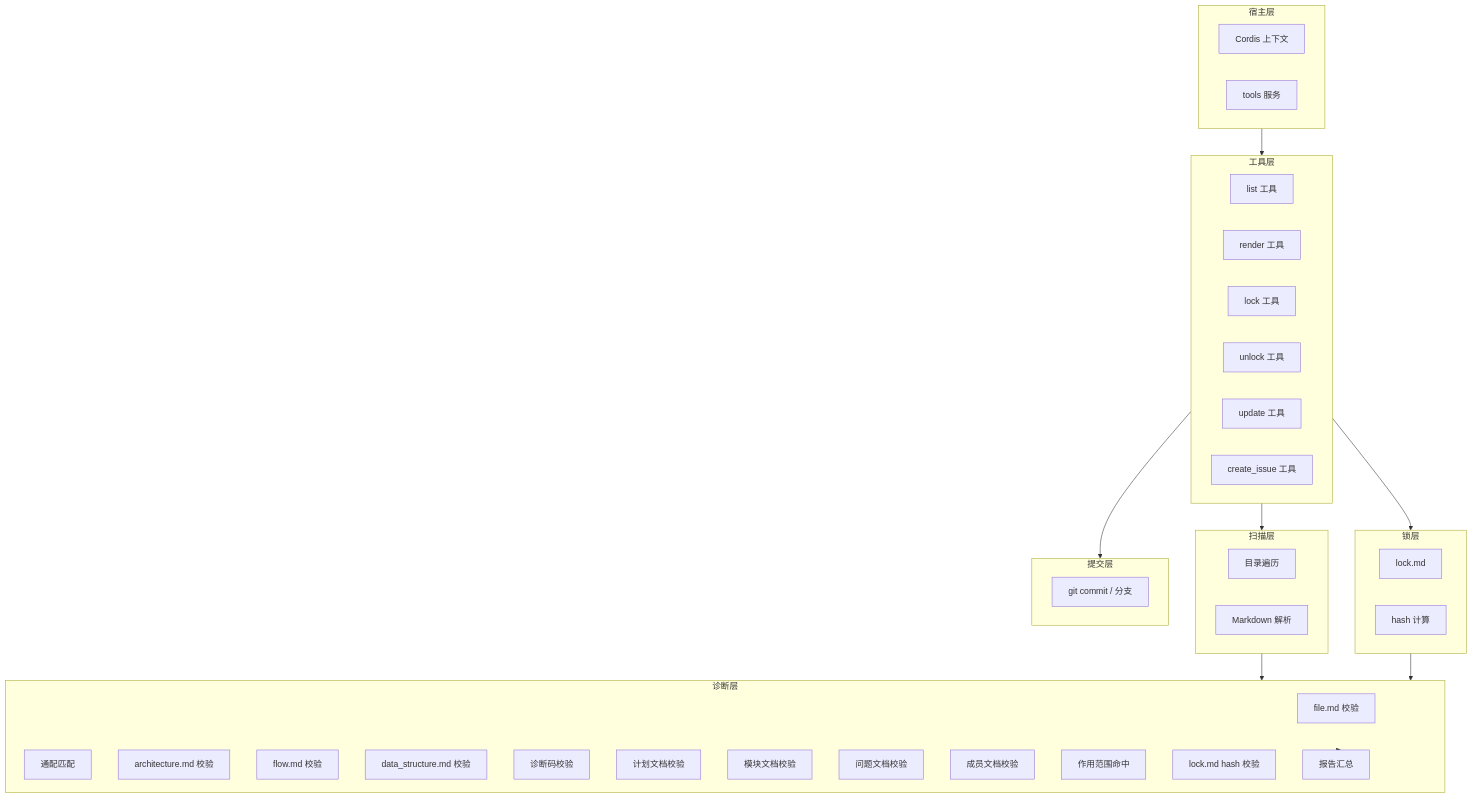
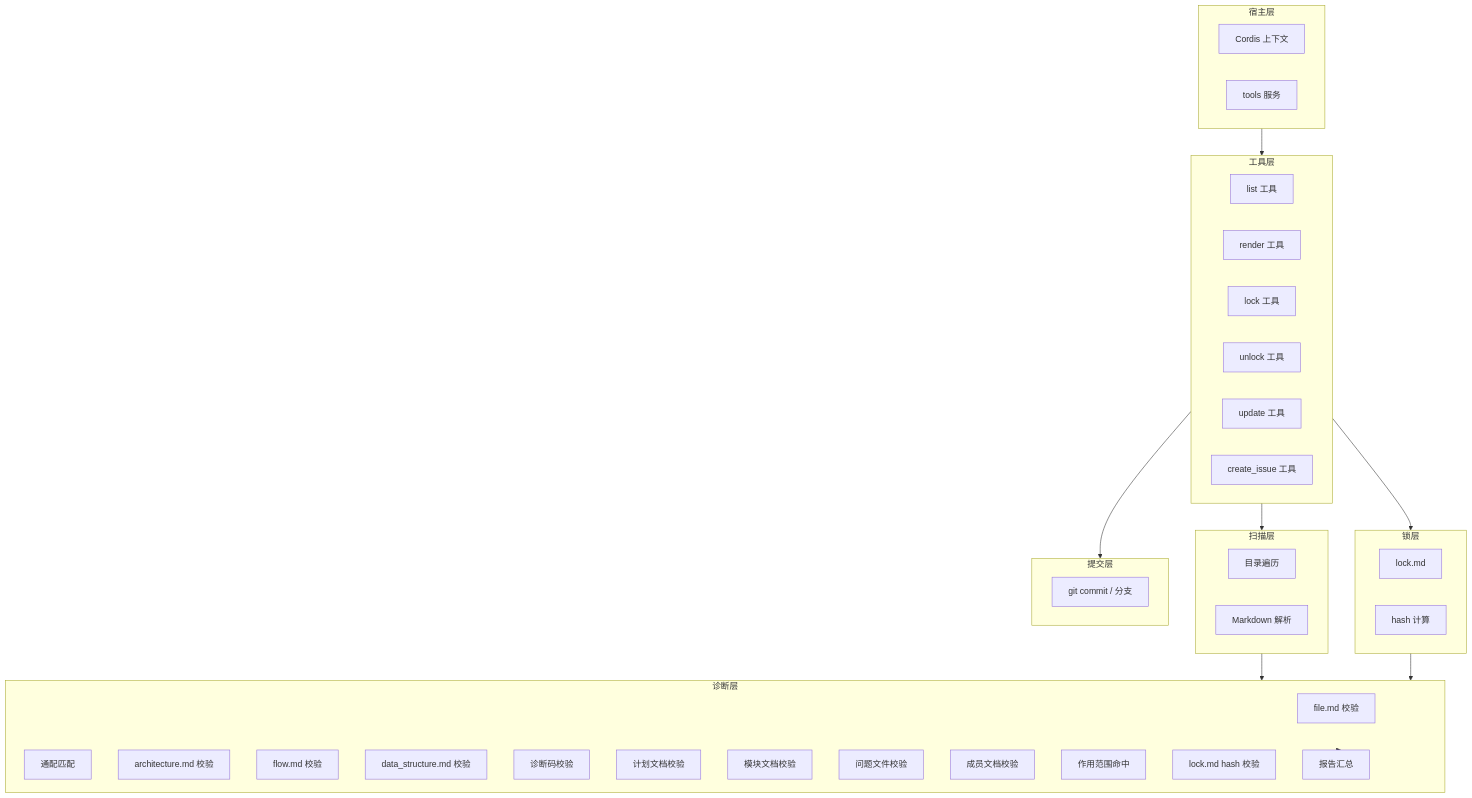
The first of 10 diagrams in .coder/design/architecture.md (Cangjier/coder), drawn with Mermaid before and after one commit. The commit also changed other lines of this file and 19 other files, not shown here.

````diff
--- a/.coder/design/architecture.md
+++ b/.coder/design/architecture.md
@@ -5,48 +5,48 @@
 ```mermaid
 flowchart TB
   subgraph 宿主层
     cordis["Cordis 上下文"]
     tools["tools 服务"]
   end
   subgraph 工具层
     list["list 工具"]
     render["render 工具"]
     lock["lock 工具"]
     unlock["unlock 工具"]
     update["update 工具"]
     issue["create_issue 工具"]
   end
   subgraph 扫描层
     walk["目录遍历"]
     parse["Markdown 解析"]
   end
   subgraph 诊断层
     file["file.md 校验"]
     glob["通配匹配"]
     arch["architecture.md 校验"]
     flow["flow.md 校验"]
     data["data_structure.md 校验"]
     diag["诊断码校验"]
     plan["计划文档校验"]
     module["模块文档校验"]
-    issueDoc["问题文档校验"]
+    issueDoc["问题文件校验"]
     memberDoc["成员文档校验"]
     scope["作用范围命中"]
     lockHash["lock.md hash 校验"]
     report["报告汇总"]
   end
   subgraph 锁层
     lockFile["lock.md"]
     hash["hash 计算"]
   end
   subgraph 提交层
     git["git commit / 分支"]
   end
   宿主层 --> 工具层
   工具层 --> 扫描层
   工具层 --> 锁层
   工具层 --> 提交层
   扫描层 --> 诊断层
   锁层 --> 诊断层
   诊断层 --> report
 ```
````
